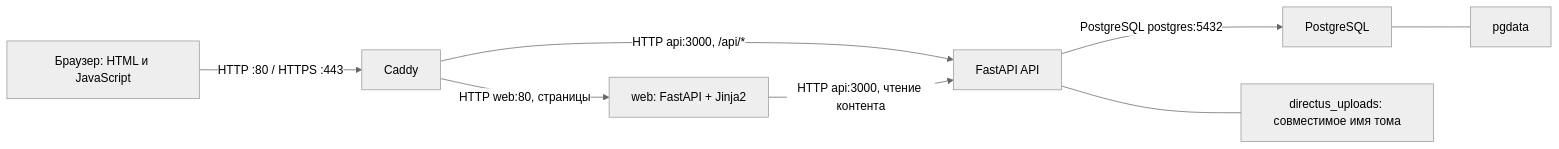
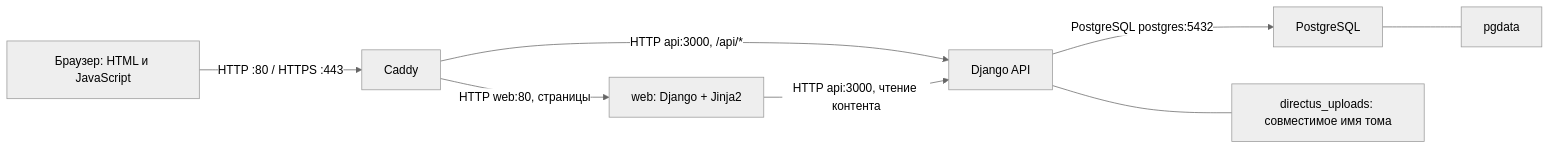
The diagram in README.md (Bogolubov-creator/hse-law-alumni-club), drawn with Mermaid (neutral theme) before and after one commit. The commit also changed other lines of this file and 76 other files, not shown here.

Commit message:
feat: migrate API and server-rendered site to Django

````diff
--- a/README.md
+++ b/README.md
@@ -191,10 +191,10 @@
 ```mermaid
 flowchart LR
   B["Браузер: HTML и JavaScript"] -->|"HTTP :80 / HTTPS :443"| C["Caddy"]
-  C -->|"HTTP web:80, страницы"| W["web: FastAPI + Jinja2"]
-  C -->|"HTTP api:3000, /api/*"| A["FastAPI API"]
+  C -->|"HTTP web:80, страницы"| W["web: Django + Jinja2"]
+  C -->|"HTTP api:3000, /api/*"| A["Django API"]
   W -->|"HTTP api:3000, чтение контента"| A
   A -->|"PostgreSQL postgres:5432"| P["PostgreSQL"]
   P --- V["pgdata"]
   A --- U["directus_uploads: совместимое имя тома"]
 ```
````
